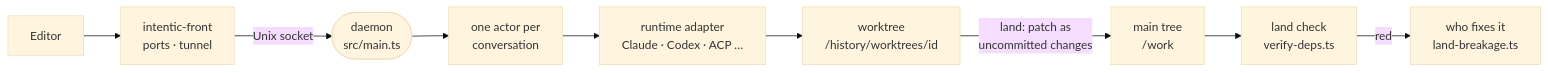
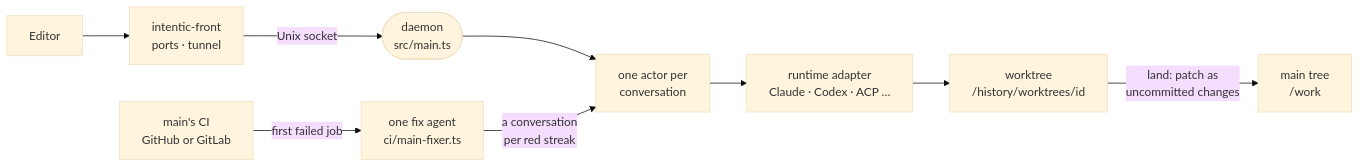
The diagram in docs/architecture/sandbox.md (intentic/intentic), drawn with Mermaid (base theme) before and after one commit. The commit also changed other lines of this file and 284 other files, not shown here.

First line of the commit message:
feat(workspace)!: drop Mainline and landCheck for push-checks and deps-slice

````diff
--- a/docs/architecture/sandbox.md
+++ b/docs/architecture/sandbox.md
@@ -5,11 +5,11 @@
 ```mermaid
 flowchart LR
     editor["Editor"] --> front["intentic-front<br/>ports · tunnel"]
     front -->|"Unix socket"| daemon(["daemon<br/>src/main.ts"])
     daemon --> actor["one actor per<br/>conversation"]
     actor --> runtime["runtime adapter<br/>Claude · Codex · ACP …"]
     runtime --> wt["worktree<br/>/history/worktrees/id"]
     wt -->|"land: patch as<br/>uncommitted changes"| main["main tree<br/>/work"]
-    main --> verify["land check<br/>verify-deps.ts"]
-    verify -->|"red"| route["who fixes it<br/>land-breakage.ts"]
+    ci["main's CI<br/>GitHub or GitLab"] -->|"first failed job"| fixer["one fix agent<br/>ci/main-fixer.ts"]
+    fixer -->|"a conversation<br/>per red streak"| actor
 ```
````
